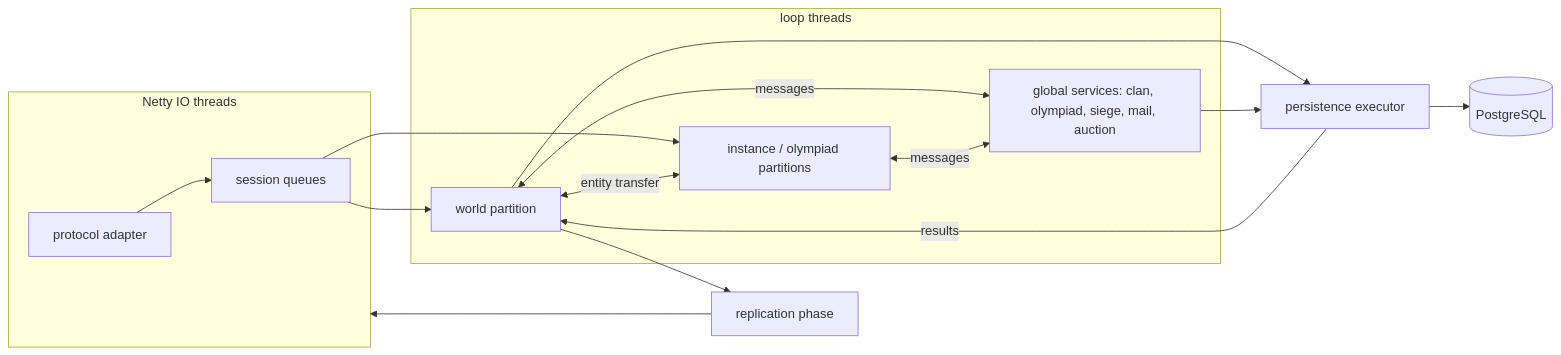
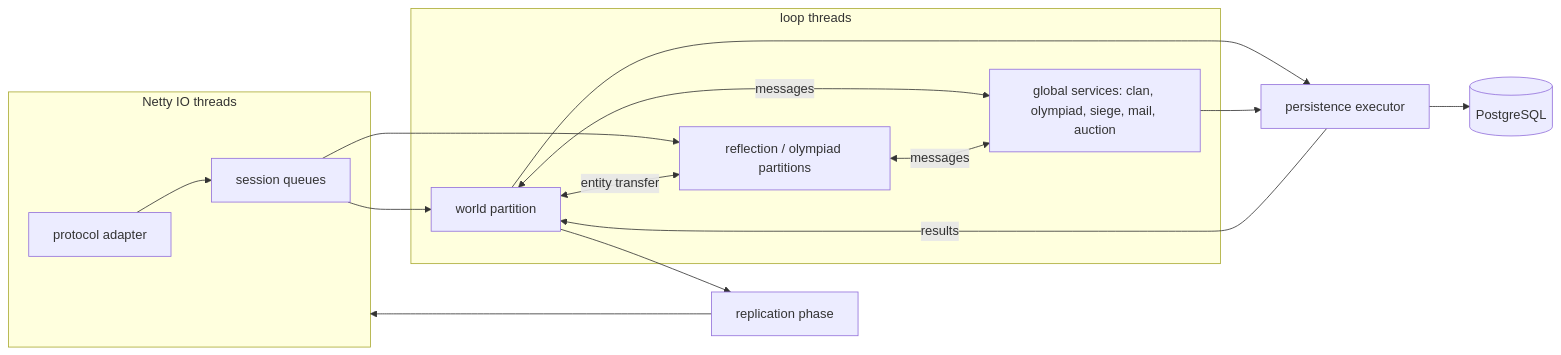
One commit to l2nx/nx-l2 changed the diagram in docs/specs/003-engine-core/spec.md. Above: the diagram before and after it, drawn with Mermaid. The commit also changed other lines of this file and 348 other files, not shown here.

````diff
--- a/docs/specs/003-engine-core/spec.md
+++ b/docs/specs/003-engine-core/spec.md
@@ -35,20 +35,20 @@
 ```mermaid
 flowchart LR
   subgraph IO[Netty IO threads]
     C1[protocol adapter] --> SQ[session queues]
   end
   SQ --> W
   SQ --> I
   subgraph Loops[loop threads]
     W[world partition]
-    I[instance / olympiad partitions]
+    I[reflection / olympiad partitions]
     G[global services: clan, olympiad, siege, mail, auction]
   end
   W <-->|messages| G
   I <-->|messages| G
   W <-->|entity transfer| I
   W --> R[replication phase] --> IO
   W --> P[persistence executor] --> DB[(PostgreSQL)]
   G --> P
   P -->|results| W
 ```
````
